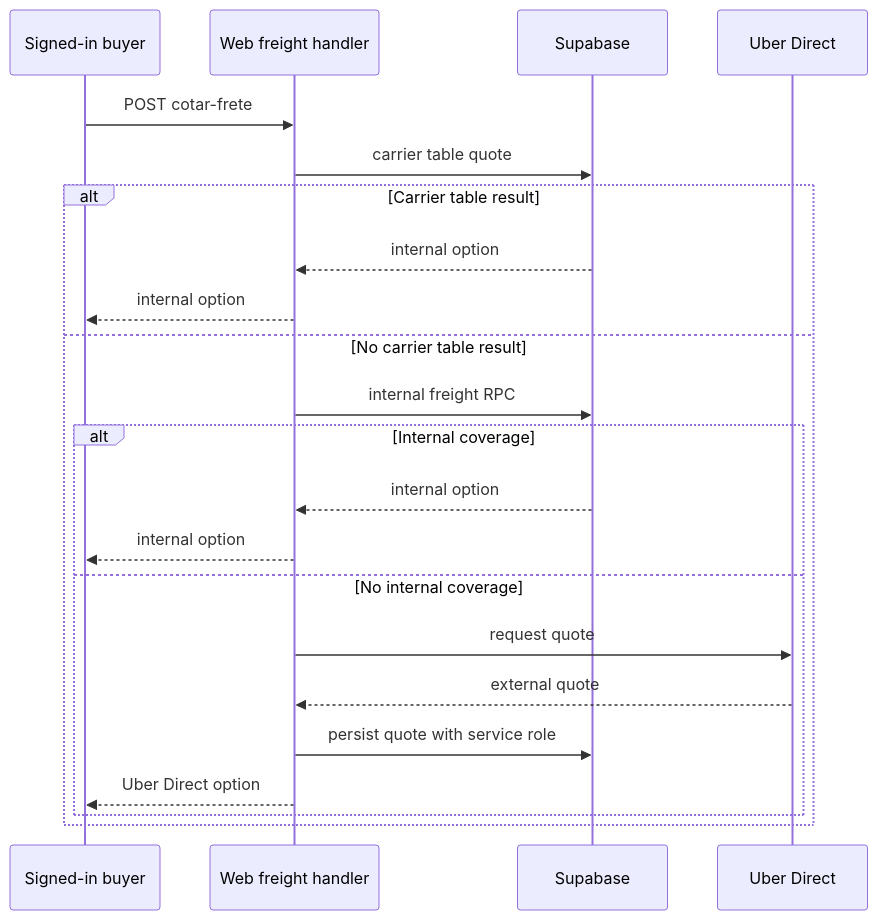
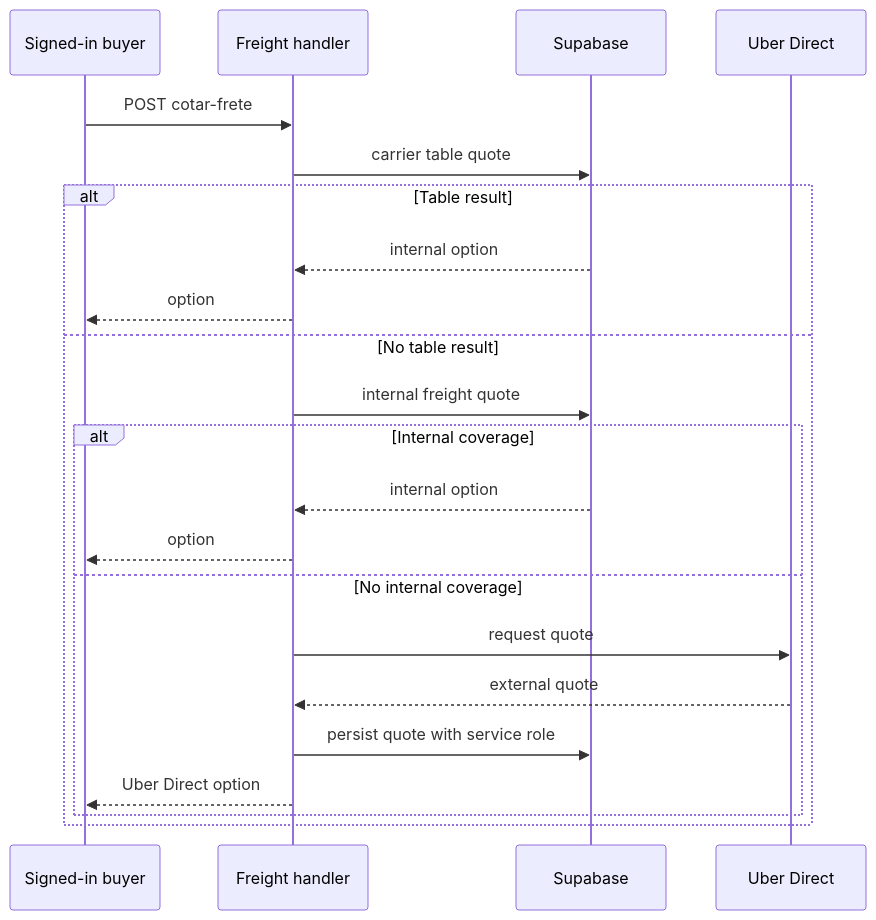
Before and after one commit to Schneider-Gr/industria24hIA: the second of 2 diagrams in openwiki/architecture/system-map.md, drawn with Mermaid. The commit also changed other lines of this file and 34 other files, not shown here.

````diff
--- a/openwiki/architecture/system-map.md
+++ b/openwiki/architecture/system-map.md
@@ -184,24 +155,24 @@
 ```mermaid
 sequenceDiagram
   participant Buyer as Signed-in buyer
-  participant Web as Web freight handler
+  participant Web as Freight handler
   participant DB as Supabase
   participant Uber as Uber Direct
   Buyer->>Web: POST cotar-frete
   Web->>DB: carrier table quote
-  alt Carrier table result
+  alt Table result
     DB-->>Web: internal option
-    Web-->>Buyer: internal option
-  else No carrier table result
-    Web->>DB: internal freight RPC
+    Web-->>Buyer: option
+  else No table result
+    Web->>DB: internal freight quote
     alt Internal coverage
       DB-->>Web: internal option
-      Web-->>Buyer: internal option
+      Web-->>Buyer: option
     else No internal coverage
       Web->>Uber: request quote
       Uber-->>Web: external quote
       Web->>DB: persist quote with service role
       Web-->>Buyer: Uber Direct option
     end
   end
 ```
````
